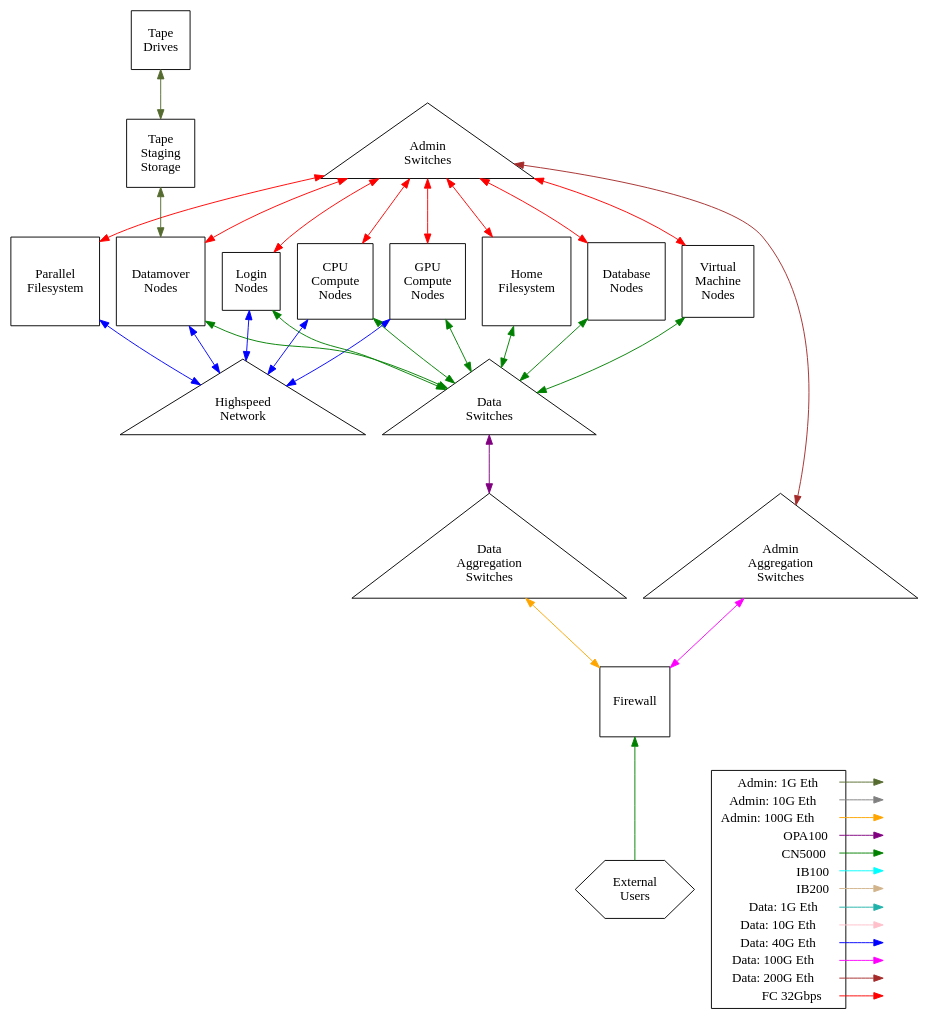
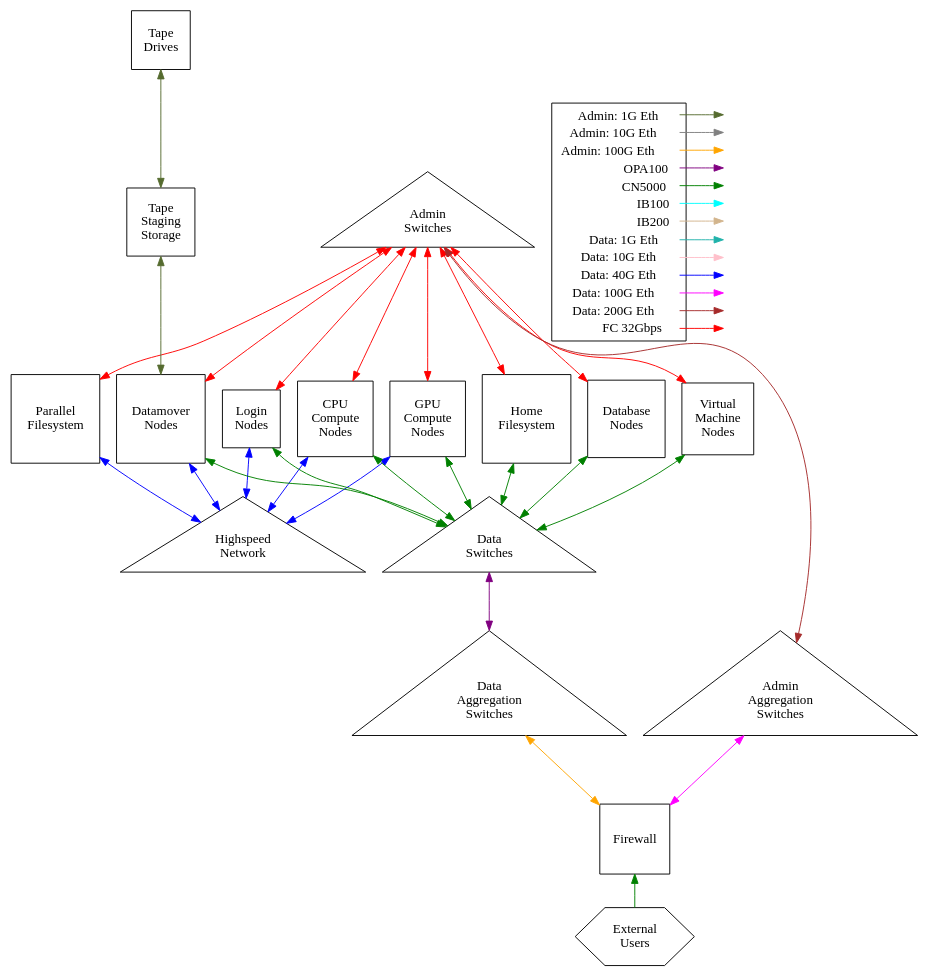
Before and after one commit to BSCrumpton/hpc-diagram-sensitivity-examples: the diagram in sensitivity_diagram_5.gv, drawn with Graphviz. The commit also changed 1 other file, not shown here.

Commit message:
diagram 5 now forces a rank for the legend
this should make the diagram a little tighter

```diff
--- a/sensitivity_diagram_5.gv
+++ b/sensitivity_diagram_5.gv
@@ -1,109 +1,110 @@
 // Now adding more specificity to the network infrastructure
 digraph g {
     rankdir="BT";
     overlap="scalexy"
     Admin_Net[shape=triangle,label="Admin\nSwitches"];
     // Compute[shape=square];
     Firewall[shape=square];
     // Storage[shape=square];
     // Infra[shape=square,label="Infrastructure\nNodes"];
     HS_Net[shape=triangle,label="Highspeed\nNetwork"];
     Data_Net[shape=triangle,label="Data\nSwitches"];
     External[shape=hexagon,label="External\nUsers"]
     External -> Firewall[color="green"];
     // Firewall -> Data_Net[dir="both",color="green"];
     // Firewall -> Admin_Net[dir="both",color="red"];
     // Data_Net -> Compute[dir="both",color="green"];
     // HS_Net -> Compute[dir="both",color="blue"];
     // Compute -> Admin_Net[dir="both",color="red"];
     // Data_Net -> Infra[dir="both",color="green"];
     // HS_Net -> Infra[dir="both",color="blue"];
     // Infra -> Admin_Net[dir="both",color="red"];
     // HS_Net -> Storage[dir="both",color="blue"];
     // Storage -> Admin_Net[dir="both",color="red"];
     CPU[shape=square,label="CPU\nCompute\nNodes"];
     Data_Net -> CPU[dir="both",color="green"];
     HS_Net -> CPU[dir="both",color="blue"];
     CPU -> Admin_Net[dir="both",color="red"];
     GPU[shape=square,label="GPU\nCompute\nNodes"];
     Data_Net -> GPU[dir="both",color="green"];
     HS_Net -> GPU[dir="both",color="blue"];
     GPU -> Admin_Net[dir="both",color="red"];
     Storage1[shape=square,label="Parallel\nFilesystem"];
     HS_Net -> Storage1[dir="both",color="blue"];
     Storage1 -> Admin_Net[dir="both",color="red"];
     Storage2[shape=square,label="Home\nFilesystem"];
     Data_Net -> Storage2[dir="both",color="green"];
     Storage2 -> Admin_Net[dir="both",color="red"];
     Login[shape=square,label="Login\nNodes"];
     Data_Net -> Login[dir="both",color="green"];
     HS_Net -> Login[dir="both",color="blue"];
     Login -> Admin_Net[dir="both",color="red"];
     Dbase[shape=square,label="Database\nNodes"];
     Data_Net -> Dbase[dir="both",color="green"];
     Dbase -> Admin_Net[dir="both",color="red"];
     Datamover[shape=square,label="Datamover\nNodes"];
     Data_Net -> Datamover[dir="both",color="green"];
     HS_Net -> Datamover[dir="both",color="blue"];
     Datamover -> Admin_Net[dir="both",color="red"];
     VM[shape=square,label="Virtual\nMachine\nNodes"];
     Data_Net -> VM[dir="both",color="green"];
     VM -> Admin_Net[dir="both",color="red"];
     TapeStage[shape=square,label="Tape\nStaging\nStorage"]
     Datamover -> TapeStage[dir=both,color=darkolivegreen];
     Tape[shape=square,label="Tape\nDrives"]
     TapeStage -> Tape[dir=both,color=darkolivegreen];
     AdminAgg[shape=triangle,label="Admin\nAggregation\nSwitches"];
     Firewall -> AdminAgg[dir="both",color="magenta"];
     AdminAgg -> Admin_Net[dir="both",color="brown"];
     DataAgg[shape=triangle,label="Data\nAggregation\nSwitches"];
     Firewall -> DataAgg[dir="both",color="orange"];
     DataAgg -> Data_Net[dir="both",color="purple"];
     subgraph{
         rank=same;
         node[shape=box]
         Key1[label=<<table border="0" cellpadding="2" cellspacing="0" cellborder="0">
         <tr><td align="right" port="i1">Admin: 1G Eth</td></tr>
         <tr><td align="right" port="i2">Admin: 10G Eth</td></tr>
         <tr><td align="right" port="i3">Admin: 100G Eth</td></tr>
         <tr><td align="right" port="i4">OPA100</td></tr>
         <tr><td align="right" port="i5">CN5000</td></tr>
         <tr><td align="right" port="i6">IB100</td></tr>
         <tr><td align="right" port="i7">IB200</td></tr>
         <tr><td align="right" port="i8">Data: 1G Eth</td></tr>
         <tr><td align="right" port="i9">Data: 10G Eth</td></tr>
         <tr><td align="right" port="i10">Data: 40G Eth</td></tr>
         <tr><td align="right" port="i11">Data: 100G Eth</td></tr>
         <tr><td align="right" port="i12">Data: 200G Eth</td></tr>
         <tr><td align="right" port="i13">FC 32Gbps</td></tr>
         </table>>]
         Key2[style=invis label=<<table border="0" cellpadding="2" cellspacing="0" cellborder="0">
         <tr><td port="i1">&nbsp;</td></tr>
         <tr><td port="i2">&nbsp;</td></tr>
         <tr><td port="i3">&nbsp;</td></tr>
         <tr><td port="i4">&nbsp;</td></tr>
         <tr><td port="i5">&nbsp;</td></tr>
         <tr><td port="i6">&nbsp;</td></tr>
         <tr><td port="i7">&nbsp;</td></tr>
         <tr><td port="i8">&nbsp;</td></tr>
         <tr><td port="i9">&nbsp;</td></tr>
         <tr><td port="i10">&nbsp;</td></tr>
         <tr><td port="i11">&nbsp;</td></tr>
         <tr><td port="i12">&nbsp;</td></tr>
         <tr><td port="i13">&nbsp;</td></tr>
         </table>>]
         Key1:i1:e -> Key2:i1:w [color=red];
         Key1:i2:e -> Key2:i2:w [color=brown];
         Key1:i3:e -> Key2:i3:w [color=magenta];
         Key1:i4:e -> Key2:i4:w [color=blue];
         Key1:i5:e -> Key2:i5:w [color=pink];
         Key1:i6:e -> Key2:i6:w [color=lightseagreen];
         Key1:i7:e -> Key2:i7:w [color=tan];
         Key1:i8:e -> Key2:i8:w [color=cyan];
         Key1:i9:e -> Key2:i9:w [color=green];
         Key1:i10:e -> Key2:i10:w [color=purple];
         Key1:i11:e -> Key2:i11:w [color=orange];
         Key1:i12:e -> Key2:i12:w [color=gray];
         Key1:i13:e -> Key2:i13:w [color=darkolivegreen];
     }
+    { rank=same; Key1; Admin_Net; } 
 }
```
